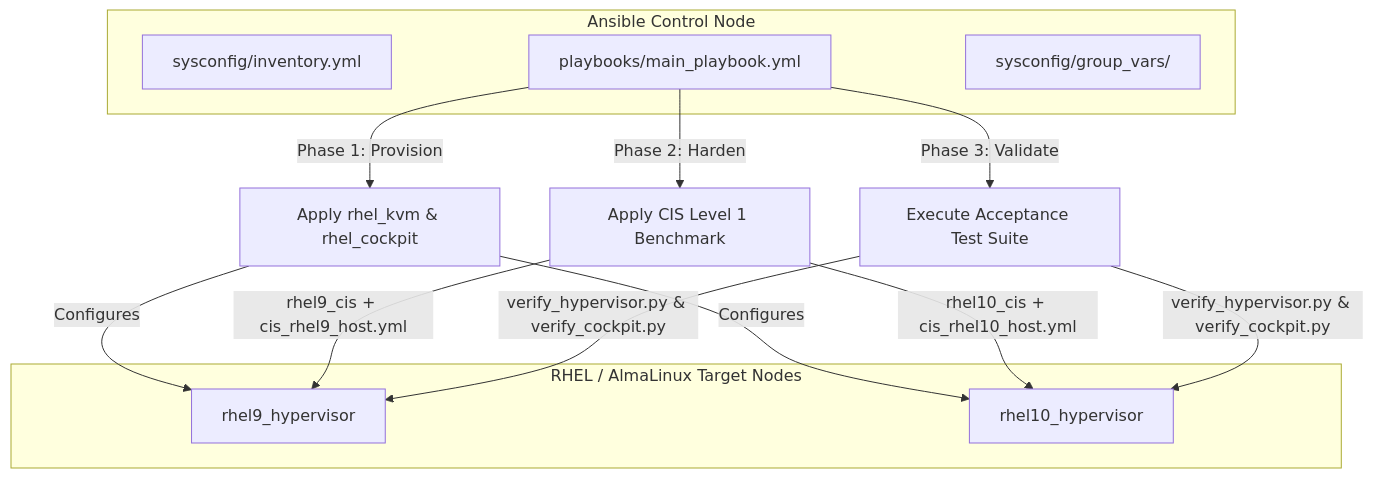
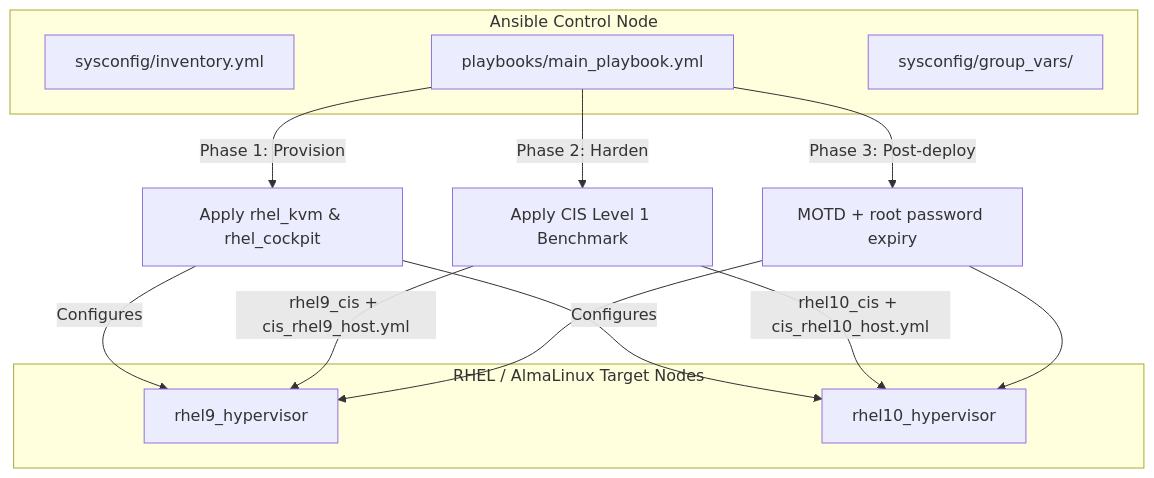
One commit to bunnywkwk/rhel_hypervisor_master changed the diagram in docs/ARCHITECTURE_AND_JUSTIFICATIONS.md. Above: the diagram before and after it, drawn with Mermaid. The commit also changed other lines of this file and 14 other files, not shown here.

````diff
--- a/docs/ARCHITECTURE_AND_JUSTIFICATIONS.md
+++ b/docs/ARCHITECTURE_AND_JUSTIFICATIONS.md
@@ -178,25 +158,25 @@
 ```mermaid
 flowchart TD
     subgraph ControlNode [Ansible Control Node]
         Inv[sysconfig/inventory.yml]
         Play[playbooks/main_playbook.yml]
         GVars[sysconfig/group_vars/]
     end
 
     subgraph Targets [RHEL / AlmaLinux Target Nodes]
         H9[rhel9_hypervisor]
         H10[rhel10_hypervisor]
     end
 
     Play -->|Phase 1: Provision| P1[Apply rhel_kvm & rhel_cockpit]
     P1 -->|Configures| H9
     P1 -->|Configures| H10
 
     Play -->|Phase 2: Harden| P2[Apply CIS Level 1 Benchmark]
     P2 -->|rhel9_cis + cis_rhel9_host.yml| H9
     P2 -->|rhel10_cis + cis_rhel10_host.yml| H10
 
-    Play -->|Phase 3: Validate| P3[Execute Acceptance Test Suite]
-    P3 -->|verify_hypervisor.py & verify_cockpit.py| H9
-    P3 -->|verify_hypervisor.py & verify_cockpit.py| H10
+    Play -->|Phase 3: Post-deploy| P3[MOTD + root password expiry]
+    P3 --> H9
+    P3 --> H10
 ```
````
